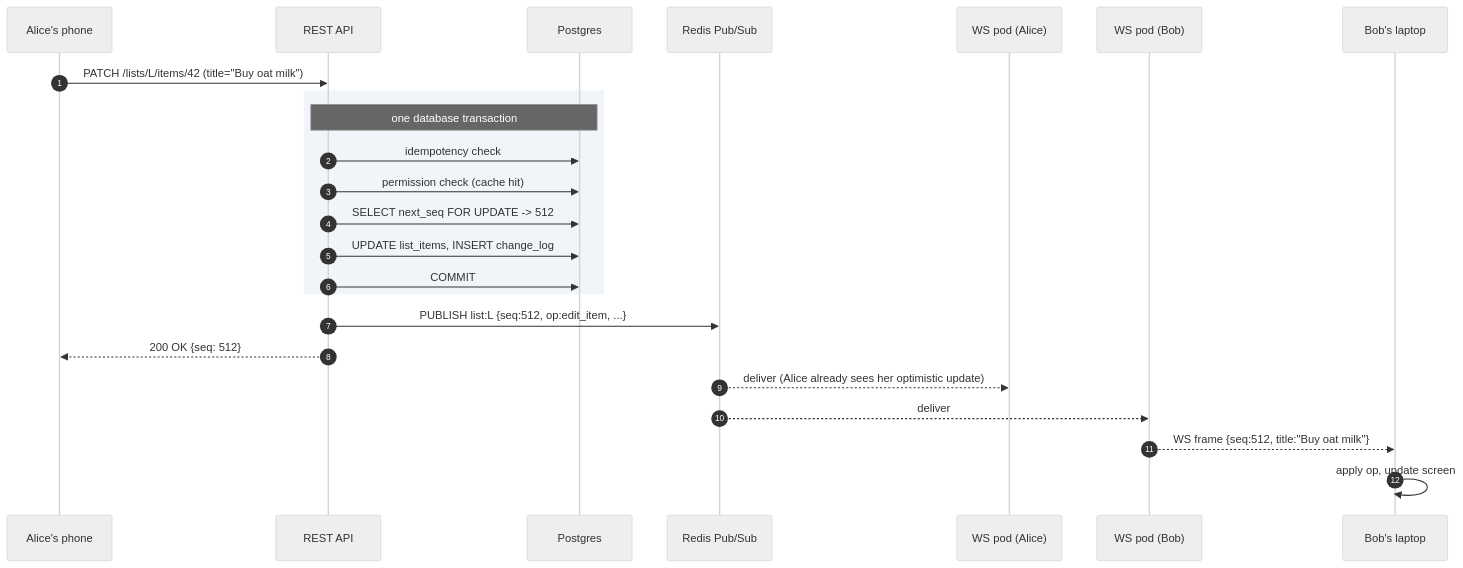
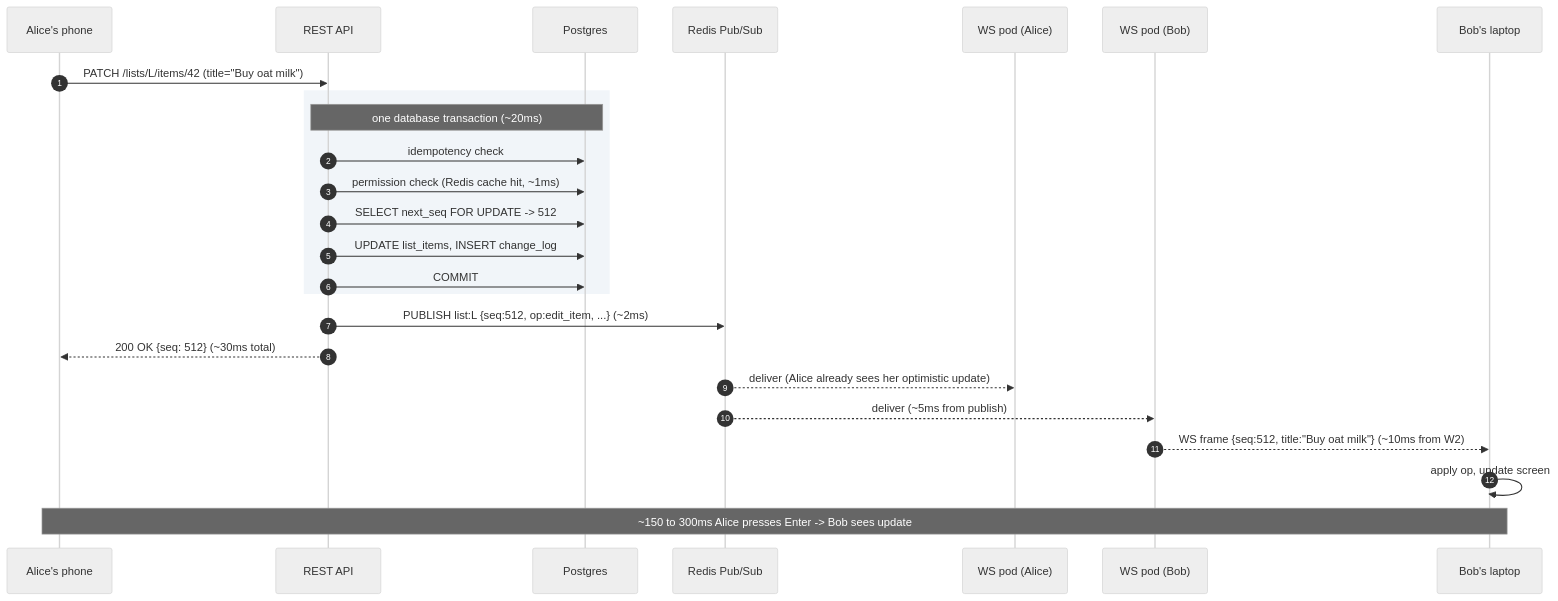
One commit to shiningflash/system-design changed the third of 5 diagrams in problems/013-todo-list-sharing/solution.md. Above: the diagram before and after it, drawn with Mermaid (neutral theme). The commit also changed other lines of this file and 37 other files, not shown here.

````diff
--- a/problems/013-todo-list-sharing/solution.md
+++ b/problems/013-todo-list-sharing/solution.md
@@ -349,29 +347,30 @@
 ```mermaid
 sequenceDiagram
     autonumber
     participant Alice as Alice's phone
     participant API as REST API
     participant DB as Postgres
     participant Bus as Redis Pub/Sub
     participant W1 as WS pod (Alice)
     participant W2 as WS pod (Bob)
     participant Bob as Bob's laptop
 
     Alice->>API: PATCH /lists/L/items/42 (title="Buy oat milk")
 
     rect rgb(241, 245, 249)
-        Note over API,DB: one database transaction
+        Note over API,DB: one database transaction (~20ms)
         API->>DB: idempotency check
-        API->>DB: permission check (cache hit)
+        API->>DB: permission check (Redis cache hit, ~1ms)
         API->>DB: SELECT next_seq FOR UPDATE -> 512
         API->>DB: UPDATE list_items, INSERT change_log
         API->>DB: COMMIT
     end
 
-    API->>Bus: PUBLISH list:L {seq:512, op:edit_item, ...}
-    API-->>Alice: 200 OK {seq: 512}
+    API->>Bus: PUBLISH list:L {seq:512, op:edit_item, ...} (~2ms)
+    API-->>Alice: 200 OK {seq: 512} (~30ms total)
     Bus-->>W1: deliver (Alice already sees her optimistic update)
-    Bus-->>W2: deliver
-    W2-->>Bob: WS frame {seq:512, title:"Buy oat milk"}
+    Bus-->>W2: deliver (~5ms from publish)
+    W2-->>Bob: WS frame {seq:512, title:"Buy oat milk"} (~10ms from W2)
     Bob->>Bob: apply op, update screen
+    Note over Alice,Bob: ~150 to 300ms Alice presses Enter -> Bob sees update
 ```
````
